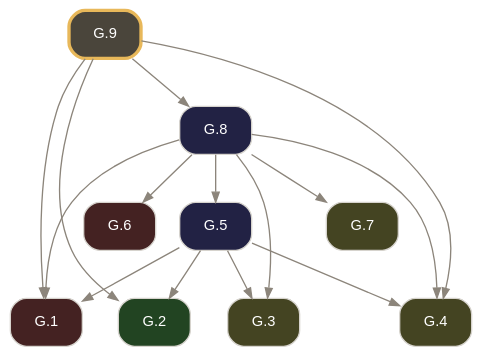
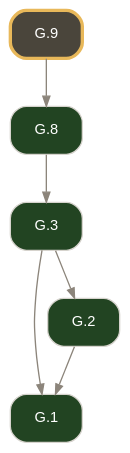
Before and after one commit to geometor/elements: the diagram in docsrc/elements2/G.9/index.rst, drawn with Graphviz. The commit also changed other lines of this file and 2974 other files, not shown here.

Commit message:
feat(elements2): wire defined terms, short verb titles, coincidence operator, and 2-point circle notation (v0.4.0)

```diff
--- a/docsrc/elements2/G.9/index.rst
+++ b/docsrc/elements2/G.9/index.rst
@@ -71,31 +34,18 @@
 .. graphviz::
 
    digraph {
      bgcolor="transparent";
      node [shape=box, style="rounded,filled", fontname="Helvetica", fontsize=11, color="#d6d3cd", fontcolor="#ffffff"];
      edge [color="#8c857b", fontcolor="#8c857b", arrowsize=0.75];
      rankdir="TB";
-     "G.1" [label="G.1", tooltip="G.1 (I.cn.1): Things equal to the same thing are equal to one another.", fillcolor="#442222", URL="../G.1/index.html", target="_top"];
-     "G.2" [label="G.2", tooltip="G.2 (I.def.15): A circle is a plane figure contained by one line such that all segments falling upon it from its center are equal.", fillcolor="#224422", URL="../G.2/index.html", target="_top"];
-     "G.3" [label="G.3", tooltip="G.3 (I.post.1): Construct a segment between any two points.", fillcolor="#444422", URL="../G.3/index.html", target="_top"];
-     "G.4" [label="G.4", tooltip="G.4 (I.post.3): Construct a circle with any center and radius.", fillcolor="#444422", URL="../G.4/index.html", target="_top"];
-     "G.5" [label="G.5", tooltip="G.5 (I.1): Construct an equilateral triangle on a given finite segment.", fillcolor="#222244", URL="../G.5/index.html", target="_top"];
-     "G.6" [label="G.6", tooltip="G.6 (I.cn.3): If equals are subtracted from equals, the remainders are equal.", fillcolor="#442222", URL="../G.6/index.html", target="_top"];
-     "G.7" [label="G.7", tooltip="G.7 (I.post.2): Extend a finite segment continuously in a straight line.", fillcolor="#444422", URL="../G.7/index.html", target="_top"];
-     "G.8" [label="G.8", tooltip="G.8 (I.2): Construct at a given point a segment equal to a given segment.", fillcolor="#222244", URL="../G.8/index.html", target="_top"];
-     "G.9" [label="G.9", tooltip="G.9 (I.3): Cut off from the greater of two unequal segments a segment equal to the less.", penwidth=2.5, color="#e8b85a", fillcolor="#4a453b", URL="index.html", target="_top"];
-     "G.5" -> "G.1";
-     "G.8" -> "G.1";
-     "G.9" -> "G.1";
-     "G.5" -> "G.2";
-     "G.9" -> "G.2";
-     "G.5" -> "G.3";
+     "G.1" [label="G.1", tooltip="G.1 (I.def.1): A point A is that which has no part.", fillcolor="#224422", URL="../G.1/index.html", target="_top"];
+     "G.2" [label="G.2", tooltip="G.2 (I.def.2): A line [ A B ] is a projection of a relationship of two points A, B.", fillcolor="#224422", URL="../G.2/index.html", target="_top"];
+     "G.3" [label="G.3", tooltip="G.3 (I.def.3): The extremities of a segment / A B / are points A, B.", fillcolor="#224422", URL="../G.3/index.html", target="_top"];
+     "G.8" [label="G.8", tooltip="G.8 (I.def.13): A boundary is the extremity of anything.", fillcolor="#224422", URL="../G.8/index.html", target="_top"];
+     "G.9" [label="G.9", tooltip="G.9 (I.def.14): A figure is that which is contained by any boundary or boundaries.", penwidth=2.5, color="#e8b85a", fillcolor="#4a453b", URL="index.html", target="_top"];
+     "G.2" -> "G.1";
+     "G.3" -> "G.1";
+     "G.3" -> "G.2";
      "G.8" -> "G.3";
-     "G.5" -> "G.4";
-     "G.8" -> "G.4";
-     "G.9" -> "G.4";
-     "G.8" -> "G.5";
-     "G.8" -> "G.6";
-     "G.8" -> "G.7";
      "G.9" -> "G.8";
    }
```
